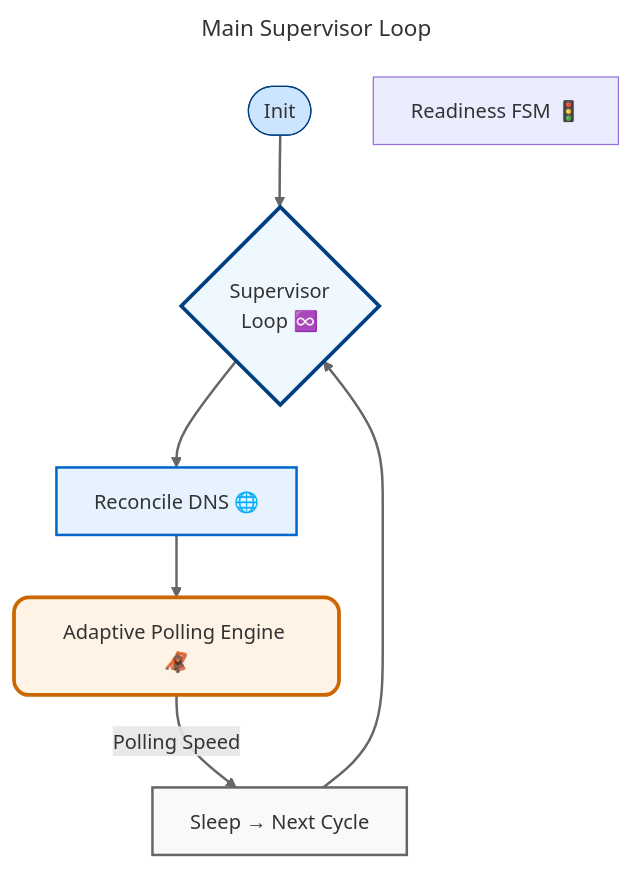
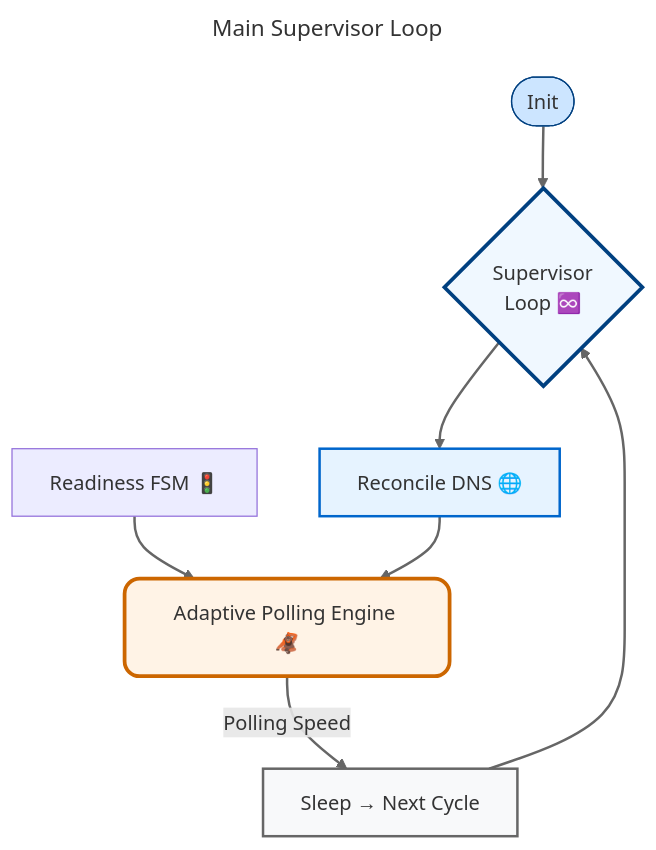
One commit to bkaewell/cloudflare-verified-ddns changed the first of 3 diagrams in docs/CONTROL_LOOP.md. Above: the diagram before and after it, drawn with Mermaid.

Commit message:
Minor updates

````diff
--- a/docs/CONTROL_LOOP.md
+++ b/docs/CONTROL_LOOP.md
@@ -21,33 +21,33 @@
 ```mermaid
 ---
 title: Main Supervisor Loop
 config:
    look: classic
    theme: 'default'
 ---
 graph TD
     Start([Init]) --> Loop{Supervisor<br>Loop ♾️}
 
     Loop --> Update[Reconcile DNS 🌐]
 
-    Readiness[Readiness FSM 🚦]
+    Readiness[Readiness FSM 🚦] --> Poll
     
     %%<br/>⚪ INIT<br/>🟡 PROBING<br/>💚 READY<br/>🔴 NOT_READY"] --> Update
 
     Update --> Poll[Adaptive Polling Engine 🦧]
 
     Poll -->  |"Polling Speed"| Sleep[Sleep → Next Cycle]
 
     Sleep -->  Loop
 
     %% Readiness --> Poll
 
     %% Visual highlights
     style Poll fill:#fff3e6,stroke:#cc6600,stroke-width:3px,rx:12,ry:12
     style Loop fill:#f0f8ff,stroke:#004080,stroke-width:3px,rx:12,ry:12
     style Update fill:#e6f3ff,stroke:#0066cc,stroke-width:2px
     style Start fill:#cce5ff,stroke:#004080,rx:12,ry:12
     style Sleep fill:#f8f9fa,stroke:#666,stroke-width:2px
 
     linkStyle default stroke:#666,stroke-width:2px
 ```
````
